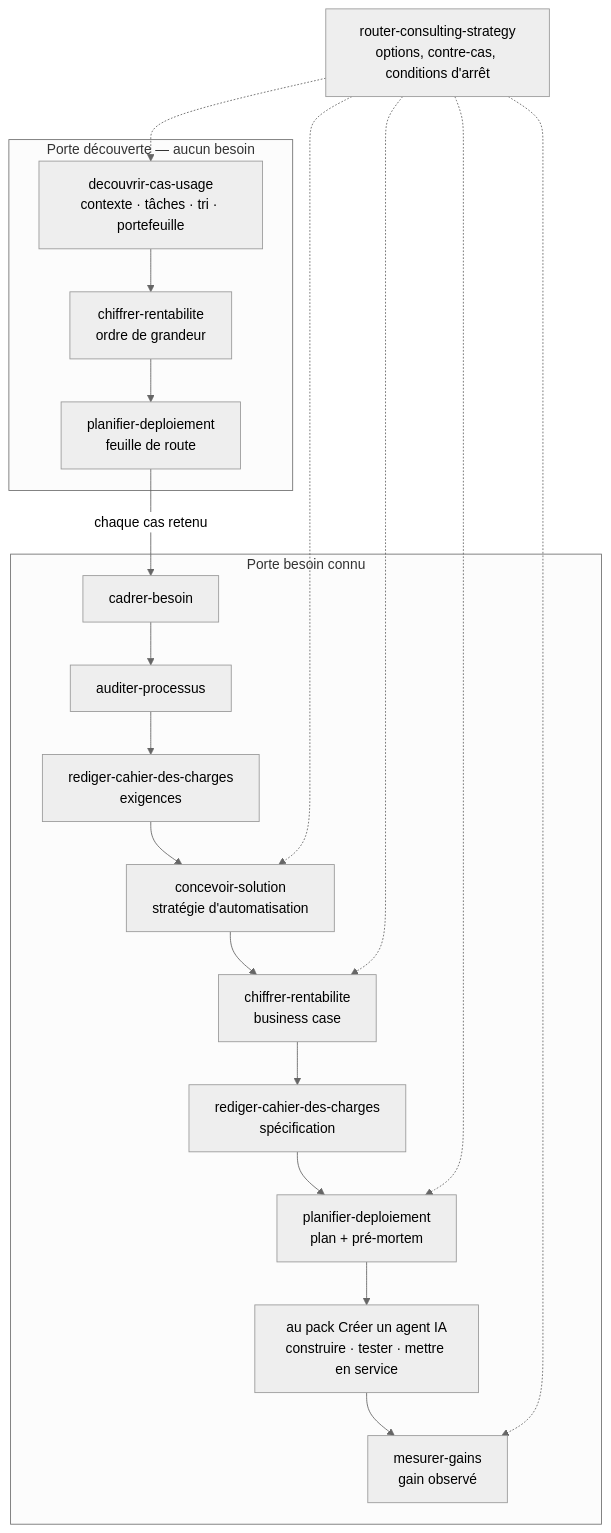
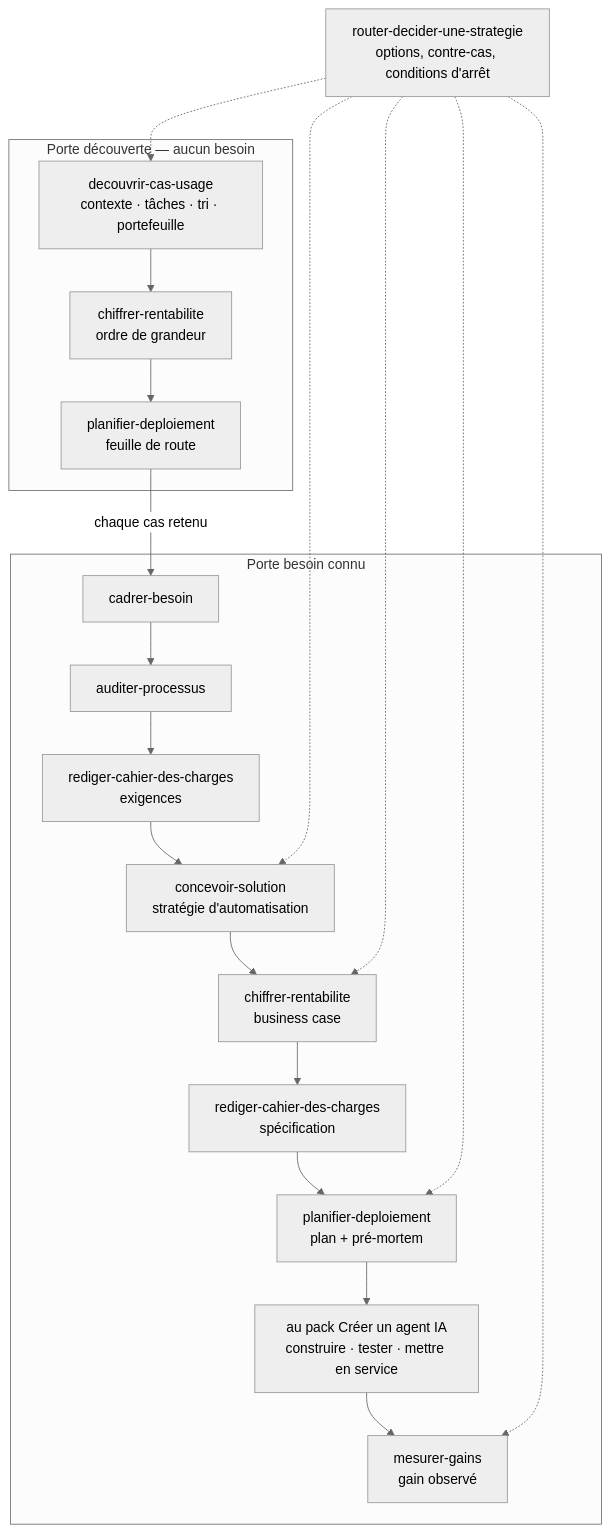
Before and after one commit to Gremelinn0/productivity-consultant-ia: the diagram in README.md, drawn with Mermaid (neutral theme). The commit also changed other lines of this file and 16 other files, not shown here.

````diff
--- a/README.md
+++ b/README.md
@@ -39,23 +39,23 @@
 ```mermaid
 flowchart TB
   subgraph P2["Porte découverte — aucun besoin"]
     D["decouvrir-cas-usage<br/>contexte · tâches · tri · portefeuille"] --> C2["chiffrer-rentabilite<br/>ordre de grandeur"]
     C2 --> F["planifier-deploiement<br/>feuille de route"]
   end
   subgraph P1["Porte besoin connu"]
     B["cadrer-besoin"] --> A["auditer-processus"]
     A --> X["rediger-cahier-des-charges<br/>exigences"]
     X --> S["concevoir-solution<br/>stratégie d'automatisation"]
     S --> R["chiffrer-rentabilite<br/>business case"]
     R --> P["rediger-cahier-des-charges<br/>spécification"]
     P --> PL["planifier-deploiement<br/>plan + pré-mortem"]
     PL --> H["au pack Créer un agent IA<br/>construire · tester · mettre en service"]
     H --> G["mesurer-gains<br/>gain observé"]
   end
   F -- "chaque cas retenu" --> B
-  CS["router-consulting-strategy<br/>options, contre-cas, conditions d'arrêt"] -.-> D
+  CS["router-decider-une-strategie<br/>options, contre-cas, conditions d'arrêt"] -.-> D
   CS -.-> S
   CS -.-> R
   CS -.-> PL
   CS -.-> G
 ```
````
